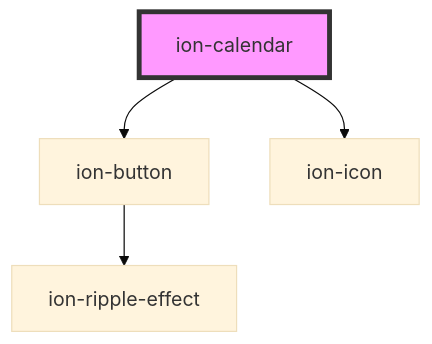
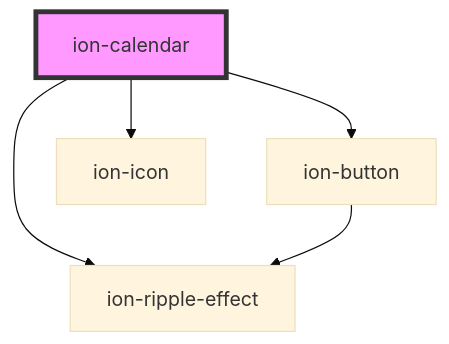
Before and after one commit to ionic-team/ionic-framework: the diagram in core/src/components/calendar/readme.md, drawn with Mermaid (base theme). The commit also changed other lines of this file and 7 other files, not shown here.

````diff
--- a/core/src/components/calendar/readme.md
+++ b/core/src/components/calendar/readme.md
@@ -34,7 +40,8 @@
 ```mermaid
 graph TD;
+  ion-calendar --> ion-ripple-effect
   ion-calendar --> ion-button
   ion-calendar --> ion-icon
   ion-button --> ion-ripple-effect
   style ion-calendar fill:#f9f,stroke:#333,stroke-width:4px
 ```
````
